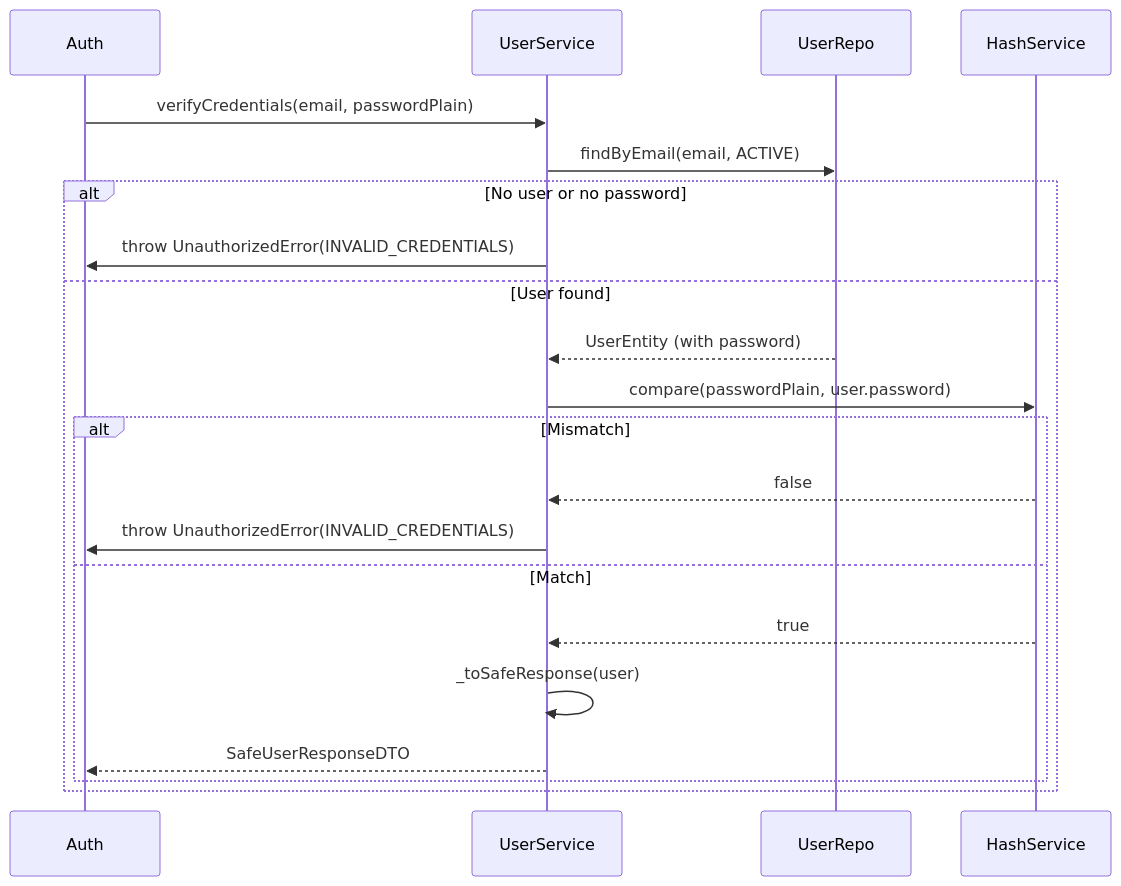
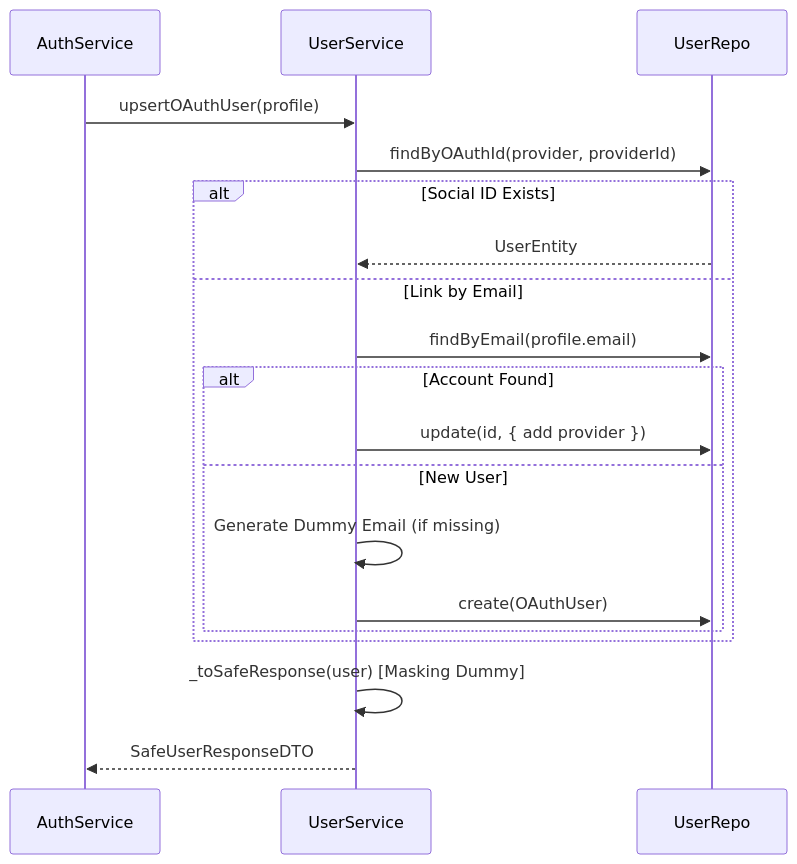
Before and after one commit to SangHynh/atomecom: the fourth of 5 diagrams in server/src/modules/users/README.md, drawn with Mermaid. The commit also changed other lines of this file and 1 other file, not shown here.

Commit message:
docs: update documents for users and auth modules

````diff
--- a/server/src/modules/users/README.md
+++ b/server/src/modules/users/README.md
@@ -123,24 +124,22 @@
 ```mermaid
 sequenceDiagram
-    participant A as Auth
+    participant AS as AuthService
     participant S as UserService
     participant R as UserRepo
-    participant H as HashService
 
-    A->>S: verifyCredentials(email, passwordPlain)
-    S->>R: findByEmail(email, ACTIVE)
-    alt No user or no password
-        S->>A: throw UnauthorizedError(INVALID_CREDENTIALS)
-    else User found
-        R-->>S: UserEntity (with password)
-        S->>H: compare(passwordPlain, user.password)
-        alt Mismatch
-            H-->>S: false
-            S->>A: throw UnauthorizedError(INVALID_CREDENTIALS)
-        else Match
-            H-->>S: true
-            S->>S: _toSafeResponse(user)
-            S-->>A: SafeUserResponseDTO
+    AS->>S: upsertOAuthUser(profile)
+    S->>R: findByOAuthId(provider, providerId)
+    alt Social ID Exists
+        R-->>S: UserEntity
+    else Link by Email
+        S->>R: findByEmail(profile.email)
+        alt Account Found
+            S->>R: update(id, { add provider })
+        else New User
+            S->>S: Generate Dummy Email (if missing)
+            S->>R: create(OAuthUser)
         end
     end
+    S->>S: _toSafeResponse(user) [Masking Dummy]
+    S-->>AS: SafeUserResponseDTO
 ```
````
